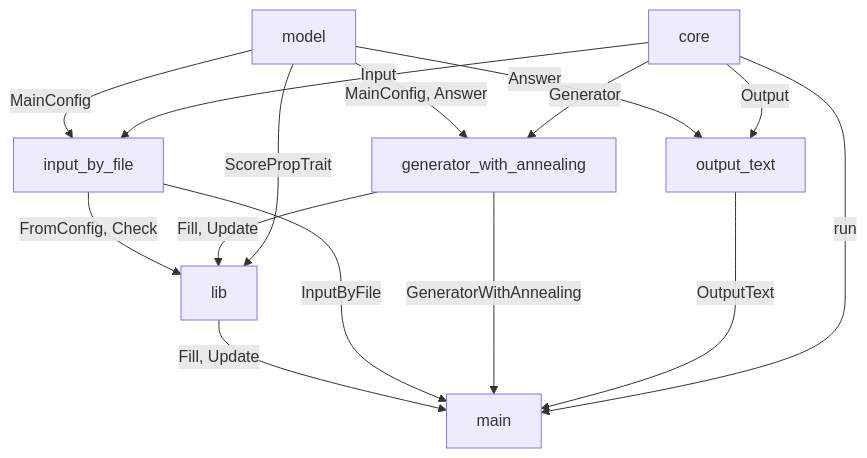
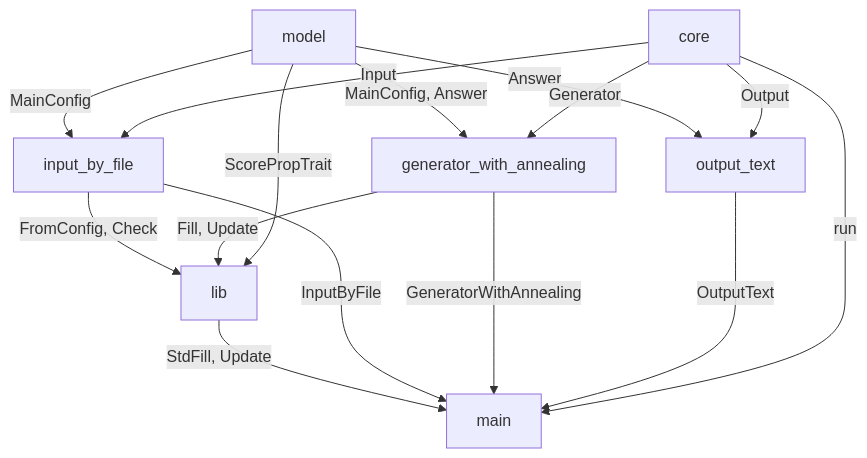
One commit to unsharot/kinmu_rs changed the second of 2 diagrams in README.md. Above: the diagram before and after it, drawn with Mermaid. The commit also changed 2 other files, not shown here.

Commit message:
Rename Fill to StdFill

````diff
--- a/README.md
+++ b/README.md
@@ -208,17 +208,17 @@
 ```mermaid
 graph TD;
-   lib -- Fill, Update --> main;
+   lib -- StdFill, Update --> main;
    input_by_file -- InputByFile --> main;
    generator_with_annealing -- GeneratorWithAnnealing --> main;
    output_text -- OutputText --> main;
    core -- run --> main;
    input_by_file -- FromConfig, Check --> lib;
    generator_with_annealing -- Fill, Update --> lib;
    model -- ScorePropTrait --> lib;
    model -- MainConfig --> input_by_file;
    model -- MainConfig, Answer --> generator_with_annealing;
    model -- Answer --> output_text;
    core -- Input --> input_by_file;
    core -- Generator --> generator_with_annealing;
    core -- Output --> output_text;
 ```
````
